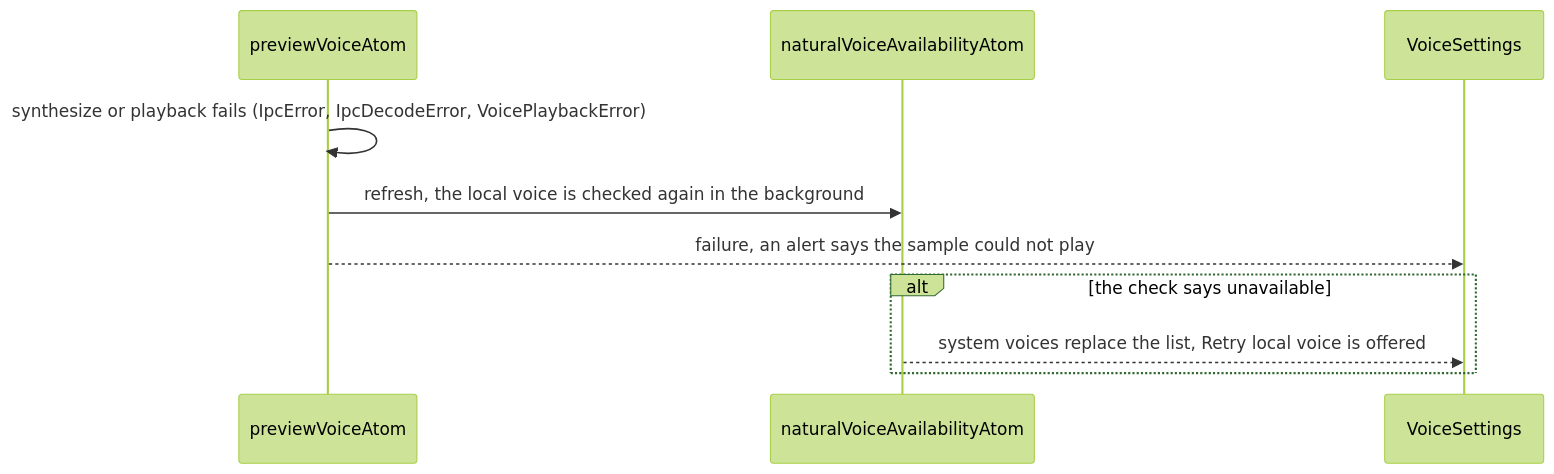
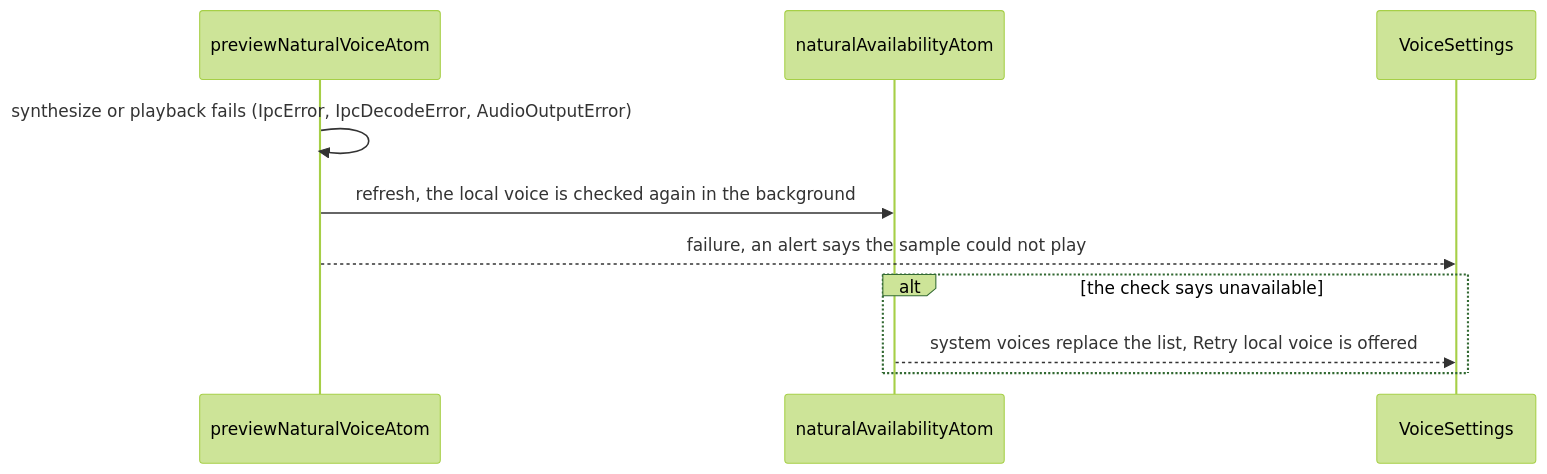
Before and after one commit to oleksii-latyshev/english-trainer: the fourth of 5 diagrams in src/features/voice-settings/flow.md, drawn with Mermaid (forest theme). The commit also changed other lines of this file and 104 other files, not shown here.

First line of the commit message:
perf(speech): voice output in core/speech without gaps between phrases (#51)

````diff
--- a/src/features/voice-settings/flow.md
+++ b/src/features/voice-settings/flow.md
@@ -70,13 +70,13 @@
 ```mermaid
 sequenceDiagram
-    participant Preview as previewVoiceAtom
-    participant Availability as naturalVoiceAvailabilityAtom
+    participant Preview as previewNaturalVoiceAtom
+    participant Availability as naturalAvailabilityAtom
     participant Settings as VoiceSettings
 
-    Preview->>Preview: synthesize or playback fails (IpcError, IpcDecodeError, VoicePlaybackError)
+    Preview->>Preview: synthesize or playback fails (IpcError, IpcDecodeError, AudioOutputError)
     Preview->>Availability: refresh, the local voice is checked again in the background
     Preview-->>Settings: failure, an alert says the sample could not play
     alt the check says unavailable
         Availability-->>Settings: system voices replace the list, Retry local voice is offered
     end
 ```
````
